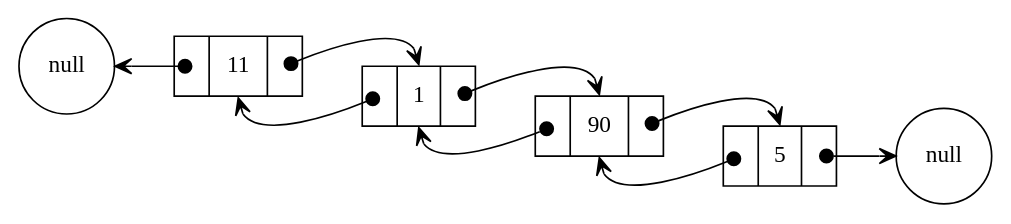
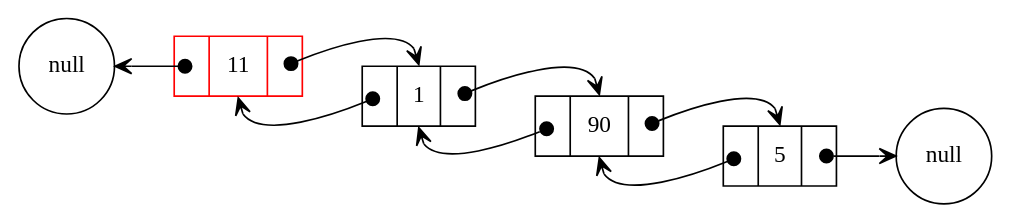
The diagram in double_linked_list/double_linked_list.dot (SergioMenaQuispe/visualizador), drawn with Graphviz before and after one commit. The commit also changed 2 other files, not shown here.

```diff
--- a/double_linked_list/double_linked_list.dot
+++ b/double_linked_list/double_linked_list.dot
@@ -1,15 +1,15 @@
 digraph "Doubly Linked List" {
 	rankdir=LR; 
 	node [shape=record]; 
-	a [label="null" shape=circle];b [label="null" shape=circle];	0[label="{ <ref1> | <data> 11 | <ref2>  }"]
+	a [label="null" shape=circle];b [label="null" shape=circle];	0[label="{ <ref1> | <data> 11 | <ref2>  }", color="red"]
 	a -> 0:ref1:c      [arrowhead=dot, arrowtail=vee, dir=both, headclip=false]
 	0:ref2:c -> 1:data:n [arrowhead=vee, arrowtail=dot, dir=both, tailclip=false]
 	1[label="{ <ref1> | <data> 1 | <ref2>  }"]
 	1:ref1:c -> 0:data:s [arrowhead=vee, arrowtail=dot, dir=both, tailclip=false]
 	1:ref2:c -> 2:data:n [arrowhead=vee, arrowtail=dot, dir=both, tailclip=false]
 	2[label="{ <ref1> | <data> 90 | <ref2>  }"]
 	2:ref1:c -> 1:data:s [arrowhead=vee, arrowtail=dot, dir=both, tailclip=false]
 	2:ref2:c -> 3:data:n [arrowhead=vee, arrowtail=dot, dir=both, tailclip=false]
 	3[label="{ <ref1> | <data> 5 | <ref2>  }"]
 	3:ref1:c -> 2:data:s [arrowhead=vee, arrowtail=dot, dir=both, tailclip=false]
 	3:ref2:c -> b      [arrowhead=vee, arrowtail=dot, dir=both, tailclip=false]}
```
